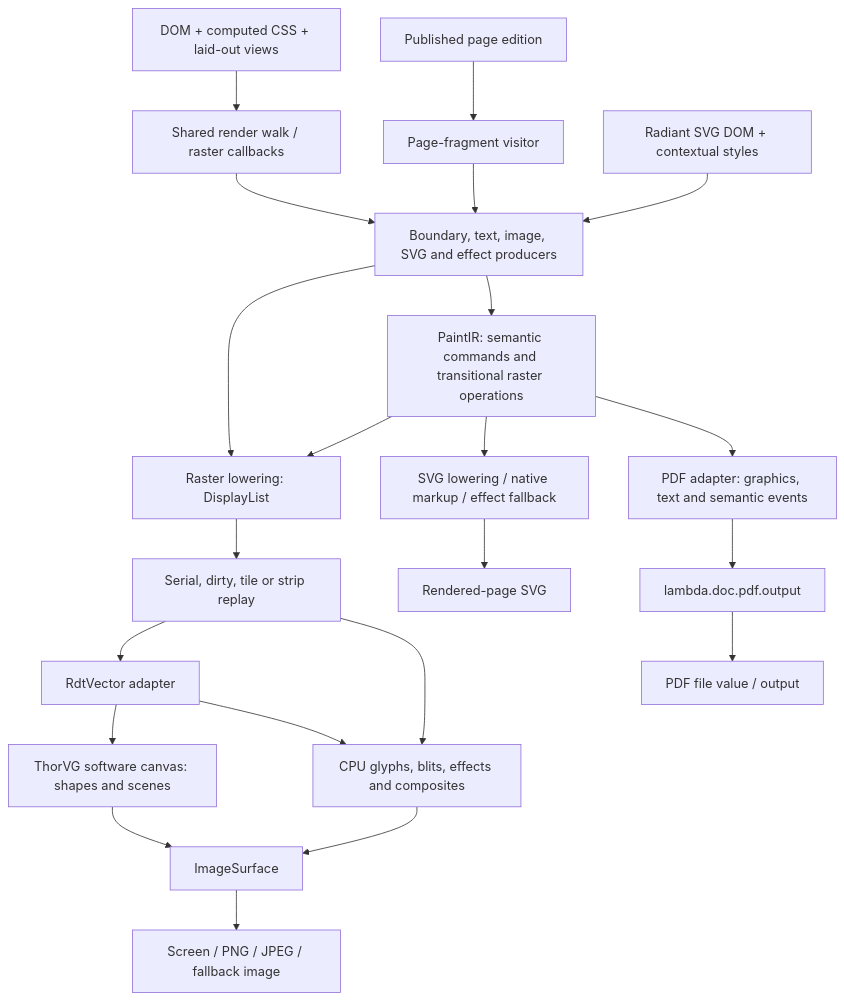
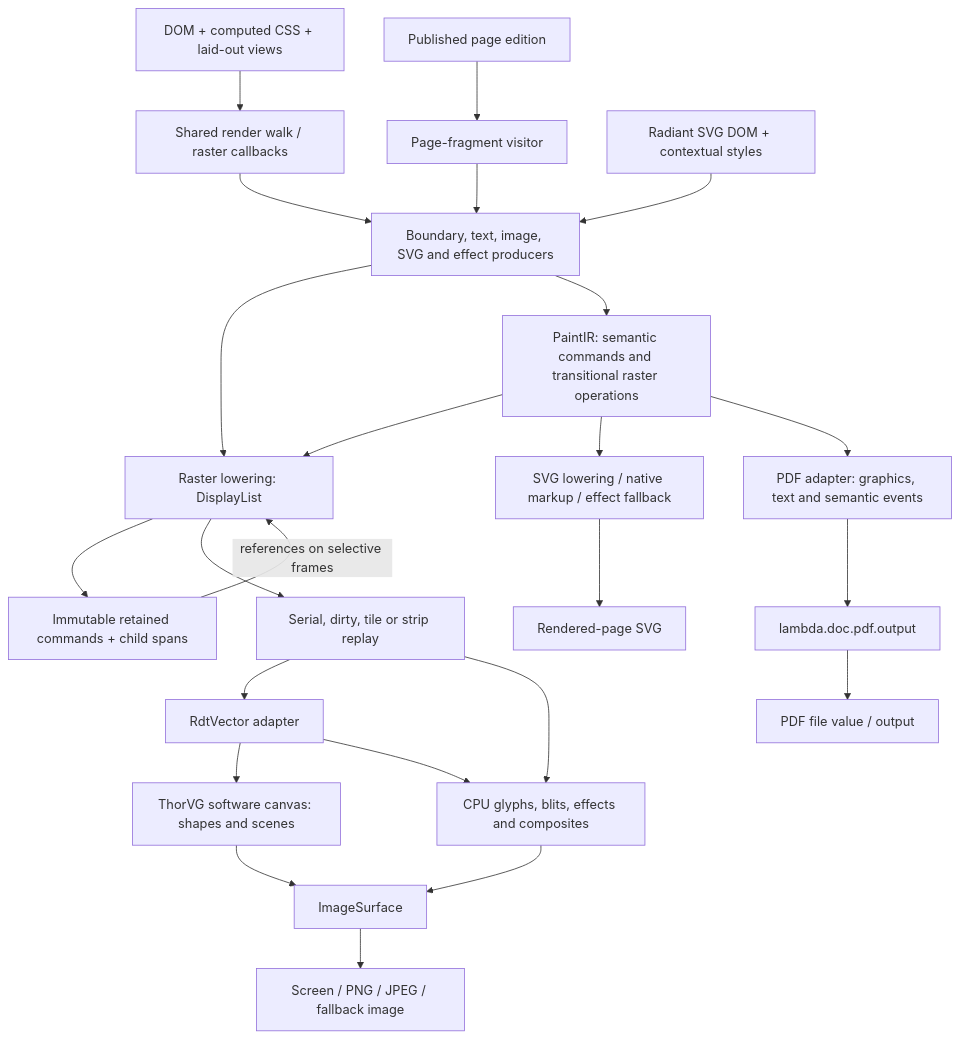
The diagram in vibe/radiant/Radiant_Design_Rendering.md (henry-luo/lambda), drawn with Mermaid before and after one commit. The commit also changed other lines of this file and 17 other files, not shown here.

````diff
--- a/vibe/radiant/Radiant_Design_Rendering.md
+++ b/vibe/radiant/Radiant_Design_Rendering.md
@@ -60,24 +60,26 @@
 ```mermaid
 flowchart TD
     DOM["DOM + computed CSS + laid-out views"] --> Walk["Shared render walk / raster callbacks"]
     Edition["Published page edition"] --> Page["Page-fragment visitor"]
     Walk --> Producers["Boundary, text, image, SVG and effect producers"]
     Page --> Producers
     SVG["Radiant SVG DOM + contextual styles"] --> Producers
     Producers --> DL
     Producers --> IR["PaintIR: semantic commands and transitional raster operations"]
     IR --> DL["Raster lowering: DisplayList"]
     IR --> SO["SVG lowering / native markup / effect fallback"]
     IR --> PO["PDF adapter: graphics, text and semantic events"]
     PO --> Package["lambda.doc.pdf.output"]
     Package --> PDF["PDF file value / output"]
     SO --> SVGO["Rendered-page SVG"]
+    DL --> Chunks["Immutable retained commands + child spans"]
+    Chunks -->|references on selective frames| DL
     DL --> Replay["Serial, dirty, tile or strip replay"]
     Replay --> Vector["RdtVector adapter"]
     Replay --> CPU["CPU glyphs, blits, effects and composites"]
     Vector --> TVG["ThorVG software canvas: shapes and scenes"]
     Vector --> CPU
     TVG --> Surface["ImageSurface"]
     CPU --> Surface
     Surface --> Output["Screen / PNG / JPEG / fallback image"]
 ```
````
